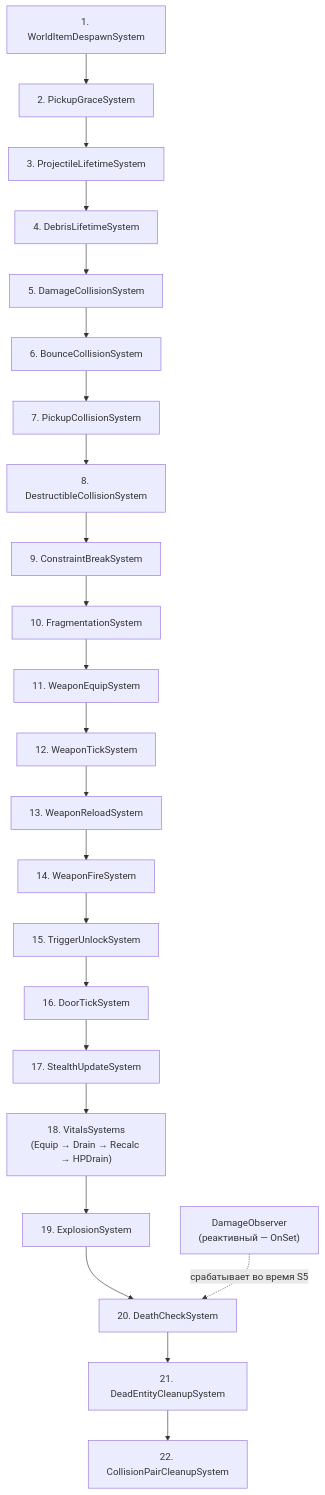
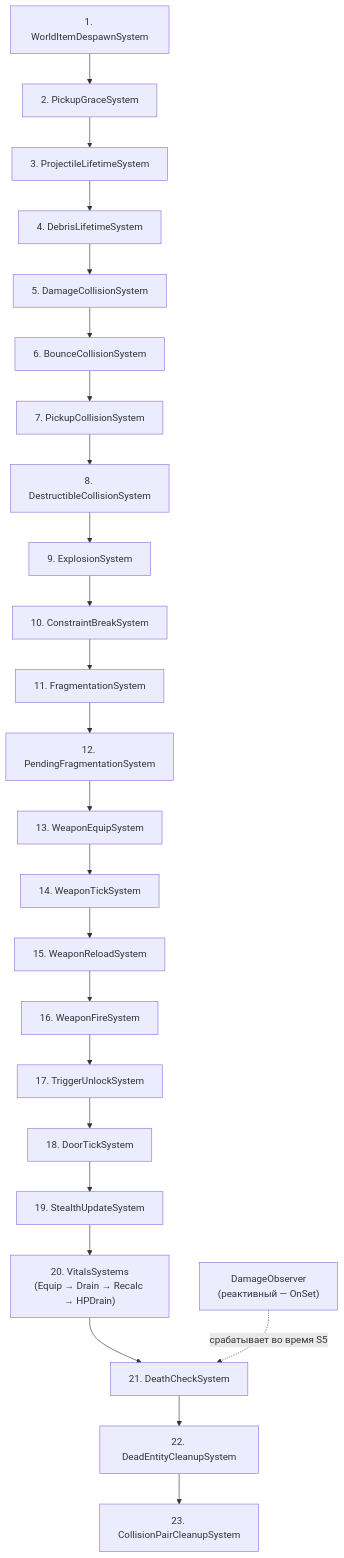
One commit to bluesteelll/FatumGame changed the diagram in docs/systems/system-execution-order.ru.md. Above: the diagram before and after it, drawn with Mermaid. The commit also changed other lines of this file and 6 other files, not shown here.

````diff
--- a/docs/systems/system-execution-order.ru.md
+++ b/docs/systems/system-execution-order.ru.md
@@ -11,37 +11,38 @@
 ```mermaid
 graph TD
     DamageObs["DamageObserver<br/>(реактивный — OnSet)"]
 
     S1["1. WorldItemDespawnSystem"]
     S2["2. PickupGraceSystem"]
     S3["3. ProjectileLifetimeSystem"]
     S4["4. DebrisLifetimeSystem"]
     S5["5. DamageCollisionSystem"]
     S6["6. BounceCollisionSystem"]
     S7["7. PickupCollisionSystem"]
     S8["8. DestructibleCollisionSystem"]
-    S9["9. ConstraintBreakSystem"]
-    S10["10. FragmentationSystem"]
-    S11["11. WeaponEquipSystem"]
-    S12["12. WeaponTickSystem"]
-    S13["13. WeaponReloadSystem"]
-    S14["14. WeaponFireSystem"]
-    S15["15. TriggerUnlockSystem"]
-    S16["16. DoorTickSystem"]
-    S17["17. StealthUpdateSystem"]
-    S18["18. VitalsSystems<br/>(Equip → Drain → Recalc → HPDrain)"]
-    S18b["19. ExplosionSystem"]
-    S20["20. DeathCheckSystem"]
-    S21["21. DeadEntityCleanupSystem"]
-    S22["22. CollisionPairCleanupSystem"]
+    S8b["9. ExplosionSystem"]
+    S9["10. ConstraintBreakSystem"]
+    S10["11. FragmentationSystem"]
+    S10b["12. PendingFragmentationSystem"]
+    S11["13. WeaponEquipSystem"]
+    S12["14. WeaponTickSystem"]
+    S13["15. WeaponReloadSystem"]
+    S14["16. WeaponFireSystem"]
+    S15["17. TriggerUnlockSystem"]
+    S16["18. DoorTickSystem"]
+    S17["19. StealthUpdateSystem"]
+    S18["20. VitalsSystems<br/>(Equip → Drain → Recalc → HPDrain)"]
+    S20["21. DeathCheckSystem"]
+    S21["22. DeadEntityCleanupSystem"]
+    S22["23. CollisionPairCleanupSystem"]
 
     S1 --> S2 --> S3 --> S4
     S4 --> S5 --> S6 --> S7 --> S8
-    S8 --> S9 --> S10
-    S10 --> S11 --> S12 --> S13 --> S14
+    S8 --> S8b --> S9 --> S10 --> S10b
+    S10b --> S11 --> S12 --> S13 --> S14
     S14 --> S15 --> S16
     S16 --> S17 --> S18
-    S18 --> S18b --> S20 --> S21 --> S22
+    S18 --> S20 --> S21 --> S22
 
     DamageObs -.->|"срабатывает во время S5"| S20
 ```
````
